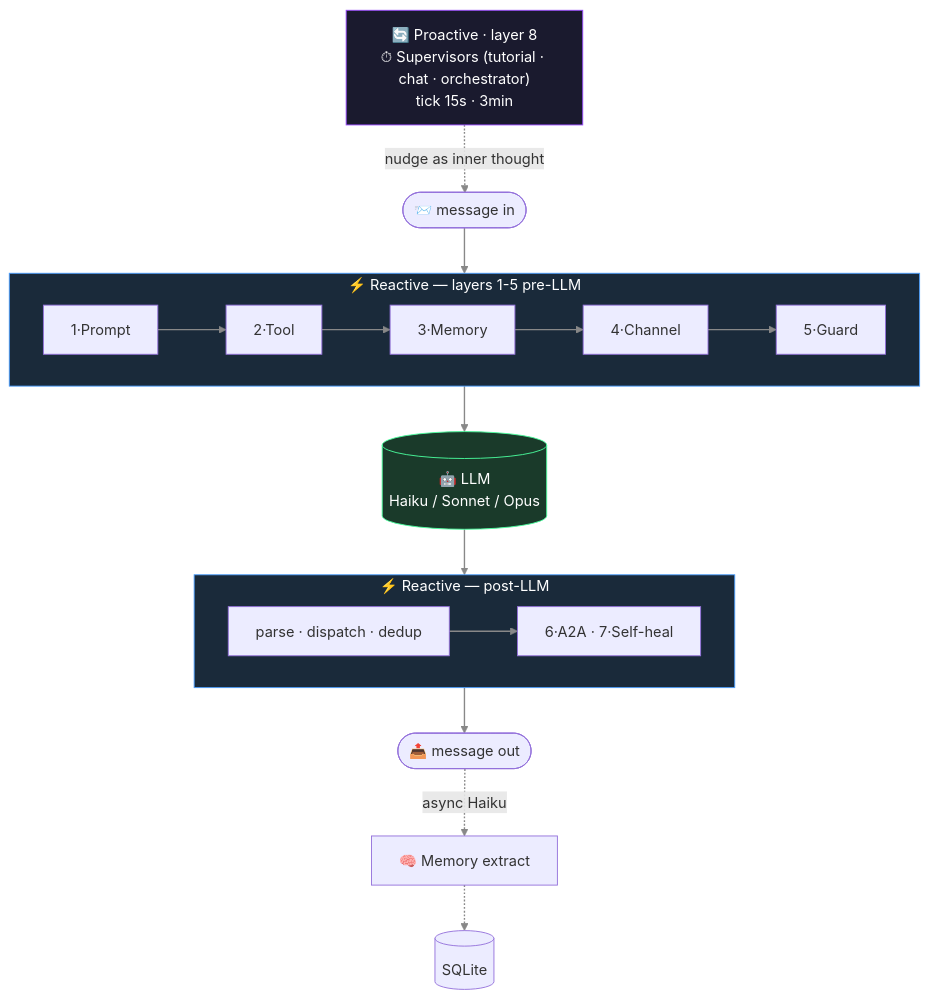
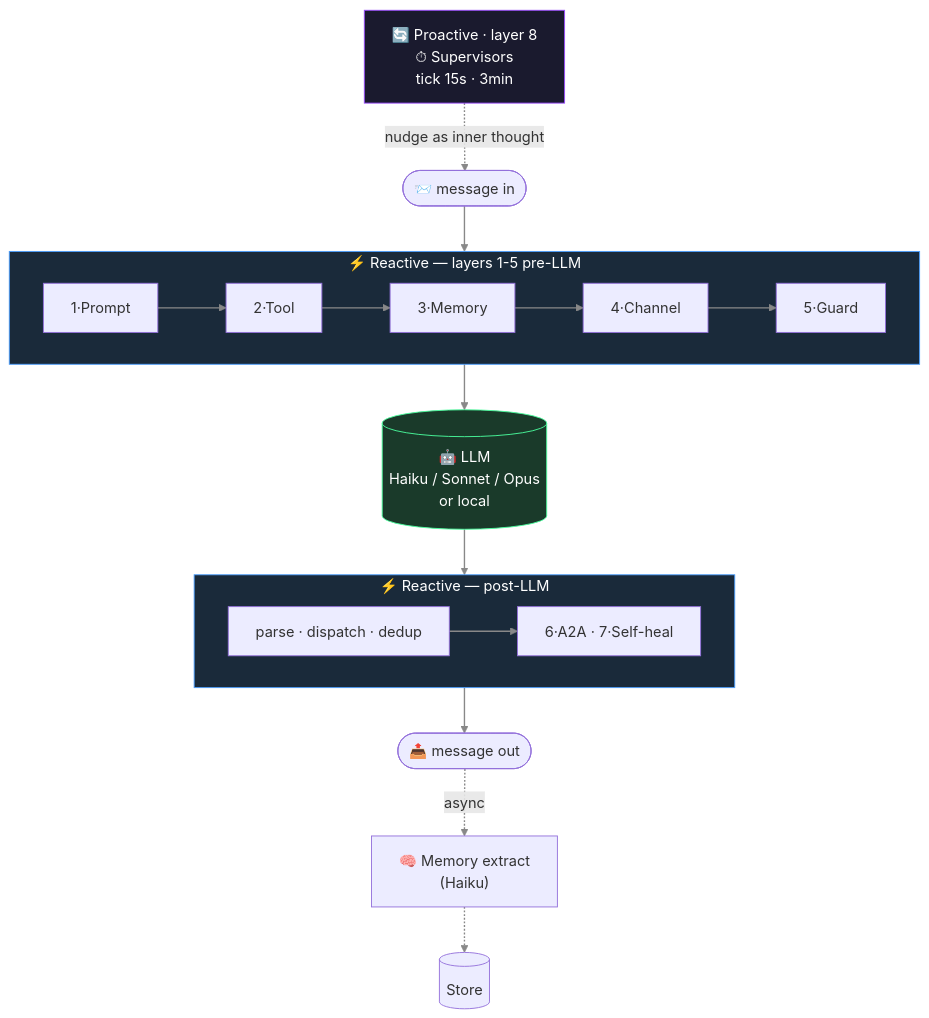
One commit to je-empty/Glimi changed the first of 3 diagrams in README.md. Above: the diagram before and after it, drawn with Mermaid. The commit also changed other lines of this file and 2 other files, not shown here.

````diff
--- a/README.md
+++ b/README.md
@@ -173,24 +73,24 @@
 ```mermaid
 flowchart TB
     linkStyle default stroke:#888,stroke-width:1.5px
     In([📨 message in]) --> Stack
     subgraph Stack["⚡ Reactive — layers 1-5 pre-LLM"]
         direction LR
         R1["1·Prompt"] --> R2["2·Tool"] --> R3["3·Memory"] --> R4["4·Channel"] --> R5["5·Guard"]
     end
-    Stack --> LLM[("🤖 LLM<br/>Haiku / Sonnet / Opus")]
+    Stack --> LLM[("🤖 LLM<br/>Haiku / Sonnet / Opus<br/>or local")]
     LLM --> Post
     subgraph Post["⚡ Reactive — post-LLM"]
         direction LR
         P1["parse · dispatch · dedup"] --> P2["6·A2A · 7·Self-heal"]
     end
     Post --> Out([📤 message out])
-    Out -. "async Haiku" .-> Ex["🧠 Memory extract"] -.-> DB[("SQLite")]
+    Out -. "async" .-> Ex["🧠 Memory extract<br/>(Haiku)"] -.-> DB[("Store")]
 
-    Sup["🔄 Proactive · layer 8<br/>⏱ Supervisors (tutorial · chat · orchestrator)<br/>tick 15s · 3min"] -. "nudge as inner thought" .-> In
+    Sup["🔄 Proactive · layer 8<br/>⏱ Supervisors<br/>tick 15s · 3min"] -. "nudge as inner thought" .-> In
 
     style Stack fill:#1a2a3a,stroke:#4a9eff,color:#fff
     style Post fill:#1a2a3a,stroke:#4a9eff,color:#fff
     style Sup fill:#1a1a2e,stroke:#9a4aff,color:#fff
     style LLM fill:#1a3a2a,stroke:#4aff9e,color:#fff
 ```
````
